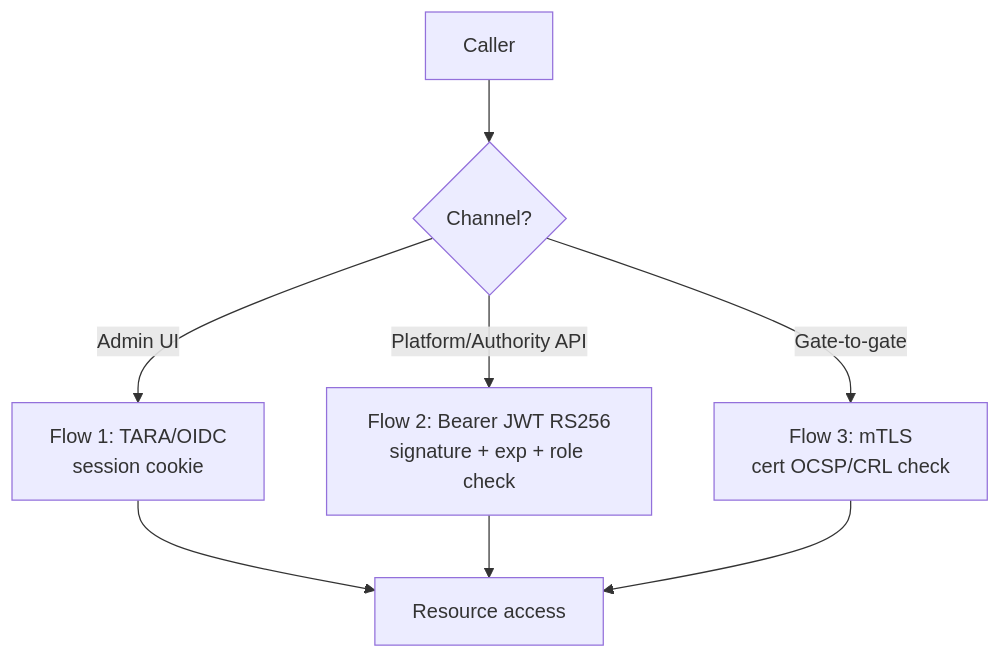
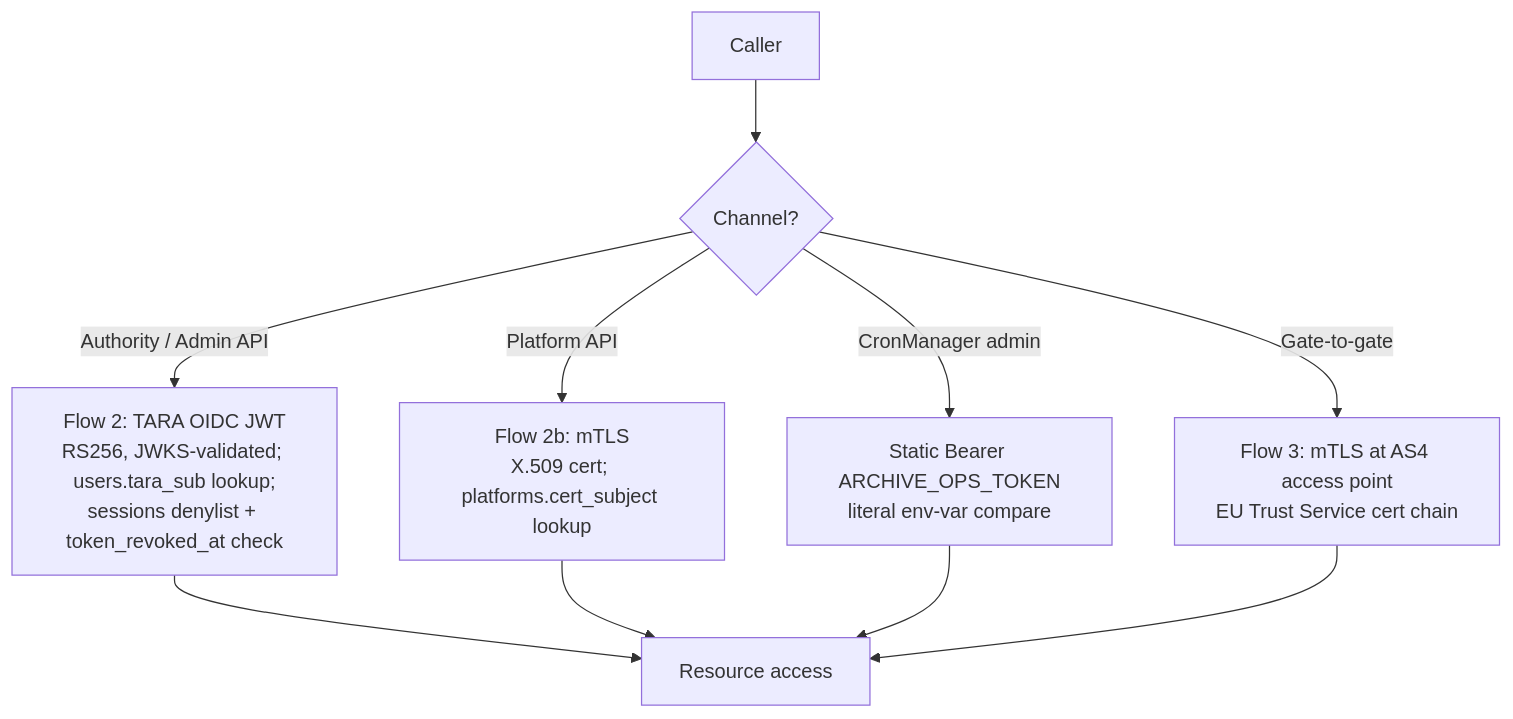
The third of 34 diagrams in docs/efti_full_epics_en.md (kemit-ee/efti-gate-ee), drawn with Mermaid before and after one commit. The commit also changed other lines of this file and 32 other files, not shown here.

First line of the commit message:
spec: principle — contract not code; strip SQL queries from non-schema files; declare break-glass + revoke-token contracts

````diff
--- a/docs/efti_full_epics_en.md
+++ b/docs/efti_full_epics_en.md
@@ -255,10 +260,12 @@
 ```mermaid
 flowchart TD
     Caller[Caller] --> Type{Channel?}
-    Type -- Admin UI --> F1[Flow 1: TARA/OIDC<br/>session cookie]
-    Type -- Platform/Authority API --> F2[Flow 2: Bearer JWT RS256<br/>signature + exp + role check]
-    Type -- Gate-to-gate --> F3[Flow 3: mTLS<br/>cert OCSP/CRL check]
-    F1 --> Allow[Resource access]
-    F2 --> Allow
+    Type -- Authority / Admin API --> F2[Flow 2: TARA OIDC JWT<br/>RS256, JWKS-validated; users.tara_sub lookup;<br/>sessions denylist + token_revoked_at check]
+    Type -- Platform API --> F2b[Flow 2b: mTLS<br/>X.509 cert; platforms.cert_subject lookup]
+    Type -- CronManager admin --> Fops[Static Bearer ARCHIVE_OPS_TOKEN<br/>literal env-var compare]
+    Type -- Gate-to-gate --> F3[Flow 3: mTLS at AS4 access point<br/>EU Trust Service cert chain]
+    F2 --> Allow[Resource access]
+    F2b --> Allow
+    Fops --> Allow
     F3 --> Allow
 ```
````
